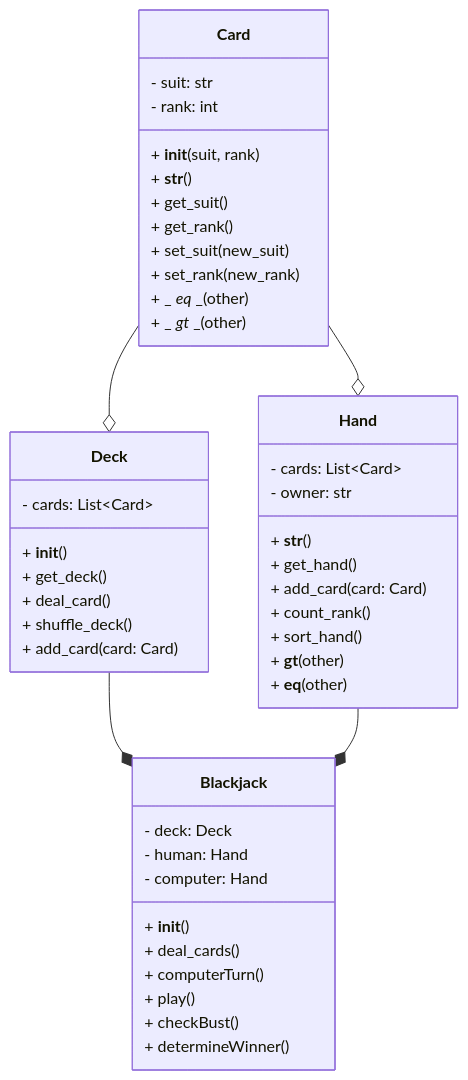
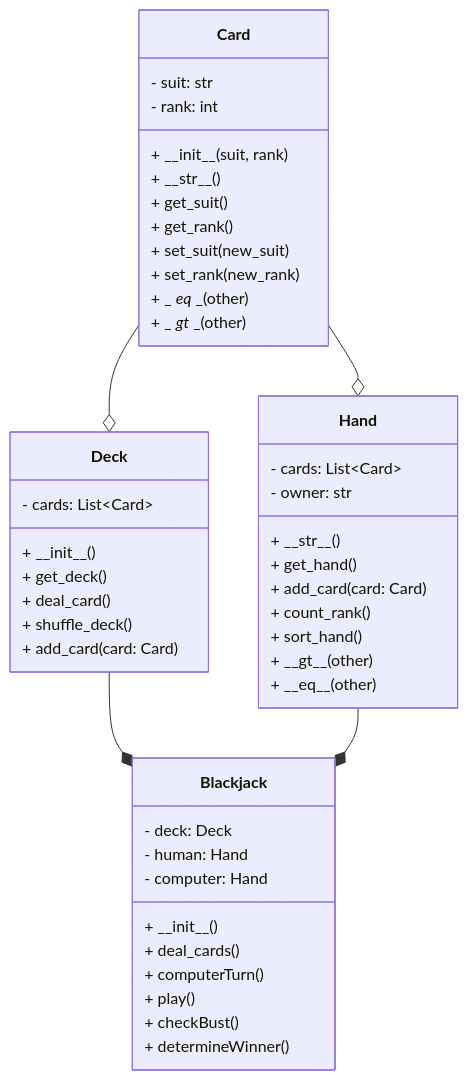
Before and after one commit to isf-dp-cs/isf-dp-cs.github.io: the first of 5 diagrams in content/new_syllabus/unit_03_oop/03_polymorphism/_index.md, drawn with Mermaid. The commit also changed other lines of this file and 2 other files, not shown here.

Commit message:
trying to figure out mermaid underline issue

```diff
--- a/content/new_syllabus/unit_03_oop/03_polymorphism/_index.md
+++ b/content/new_syllabus/unit_03_oop/03_polymorphism/_index.md
@@ -41,58 +41,58 @@
 {{< mermaid >}}
 
 classDiagram
     class Card {
         - suit: str
         - rank: int
-        + __init__(suit, rank)
-        + __str__()
+        + \_\_init__(suit, rank)
+        + \_\_str__()
         + get_suit()
         + get_rank()
         + set_suit(new_suit)
         + set_rank(new_rank)
         + _ _eq_ _(other)
         + _ _gt_ _(other)
     }
 
 
     class Deck {
         - cards: List~Card~
-        + __init__()
+        + \_\_init__()
         + get_deck()
         + deal_card()
         + shuffle_deck()
         + add_card(card: Card)
     }
 
 
     class Hand {
         - cards: List~Card~
         - owner: str
-        + __str__()
+        + \_\_str__()
         + get_hand()
         + add_card(card: Card)
         + count_rank()
         + sort_hand()
-        + __gt__(other)
-        + __eq__(other)
+        + \_\_gt__(other)
+        + \_\_eq__(other)
     }
 
 
     class Blackjack {
         - deck: Deck
         - human: Hand
         - computer: Hand
-        + __init__()
+        + \_\_init__()
         + deal_cards()
         + computerTurn()
         + play()
         + checkBust()
         + determineWinner()
     } 
 
     Card --o Hand
     Card --o Deck
     Deck --* Blackjack
     Hand --* Blackjack
    
 {{< /mermaid >}}
```
